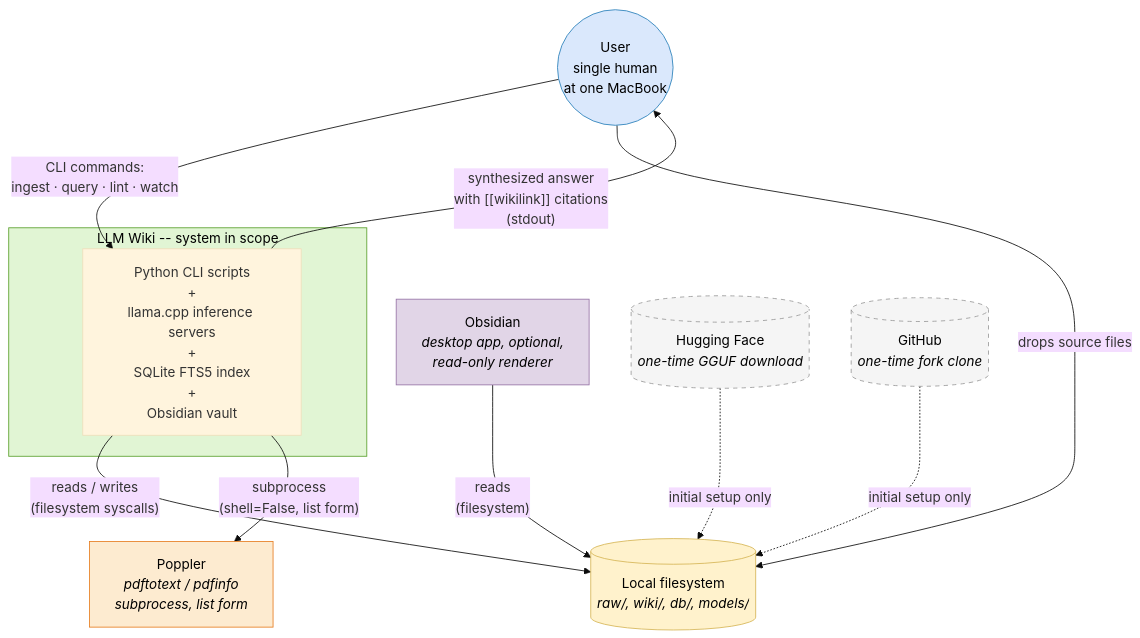
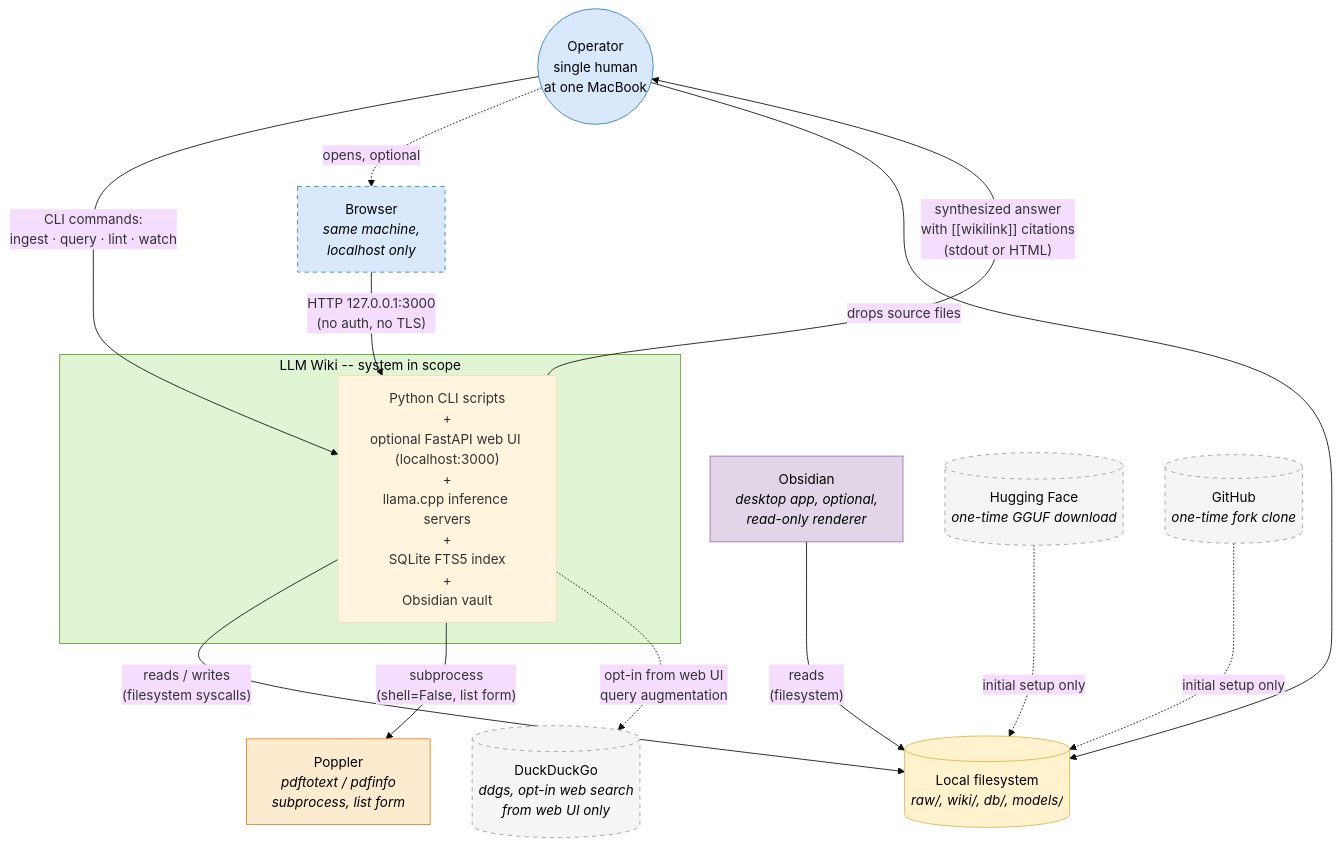
The diagram in docs/c4/L1-system-context.md (DimitrisLianos/LLM_Wiki_SecondBrain), drawn with Mermaid (base theme) before and after one commit. The commit also changed other lines of this file and 83 other files, not shown here.

First line of the commit message:
feat: v2.1.0-beta.1, optional web UI and TurboQuant KV cache

````diff
--- a/docs/c4/L1-system-context.md
+++ b/docs/c4/L1-system-context.md
@@ -23,31 +23,38 @@
 ```mermaid
 graph TB
- user(("User<br/>single human<br/>at one MacBook"))
+ user(("Operator<br/>single human<br/>at one MacBook"))
+ browser["Browser<br/><i>same machine,<br/>localhost only</i>"]
 
  subgraph SYS ["LLM Wiki -- system in scope"]
- app["Python CLI scripts<br/>+<br/>llama.cpp inference servers<br/>+<br/>SQLite FTS5 index<br/>+<br/>Obsidian vault"]
+ app["Python CLI scripts<br/>+<br/>optional FastAPI web UI (localhost:3000)<br/>+<br/>llama.cpp inference servers<br/>+<br/>SQLite FTS5 index<br/>+<br/>Obsidian vault"]
  end
 
  fs[("Local filesystem<br/><i>raw/, wiki/, db/, models/</i>")]
  poppler["Poppler<br/><i>pdftotext / pdfinfo<br/>subprocess, list form</i>"]
  obs["Obsidian<br/><i>desktop app, optional,<br/>read-only renderer</i>"]
  hf[("Hugging Face<br/><i>one-time GGUF download</i>")]
  gh[("GitHub<br/><i>one-time fork clone</i>")]
+ ddgs[("DuckDuckGo<br/><i>ddgs, opt-in web search<br/>from web UI only</i>")]
 
  user -- "CLI commands:<br/>ingest · query · lint · watch" --> app
- app -- "synthesized answer<br/>with [[wikilink]] citations<br/>(stdout)" --> user
+ user -. "opens, optional" .-> browser
+ browser -- "HTTP 127.0.0.1:3000<br/>(no auth, no TLS)" --> app
+ app -- "synthesized answer<br/>with [[wikilink]] citations<br/>(stdout or HTML)" --> user
  user -- "drops source files" --> fs
  app -- "reads / writes<br/>(filesystem syscalls)" --> fs
  app -- "subprocess<br/>(shell=False, list form)" --> poppler
  obs -- "reads<br/>(filesystem)" --> fs
  hf -. "initial setup only" .-> fs
  gh -. "initial setup only" .-> fs
+ app -. "opt-in from web UI<br/>query augmentation" .-> ddgs
 
  style SYS fill:#e1f5d4,stroke:#5aa02c,color:#000
  style user fill:#dae8fc,stroke:#2980b9,color:#000
+ style browser fill:#dae8fc,stroke:#2980b9,color:#000,stroke-dasharray: 5 5
  style fs fill:#fff2cc,stroke:#d6b656,color:#000
  style poppler fill:#fdebd0,stroke:#e67e22,color:#000
  style obs fill:#e1d5e7,stroke:#9673a6,color:#000
  style hf fill:#f5f5f5,stroke:#999,color:#000,stroke-dasharray: 5 5
  style gh fill:#f5f5f5,stroke:#999,color:#000,stroke-dasharray: 5 5
+ style ddgs fill:#f5f5f5,stroke:#999,color:#000,stroke-dasharray: 5 5
 ```
````
